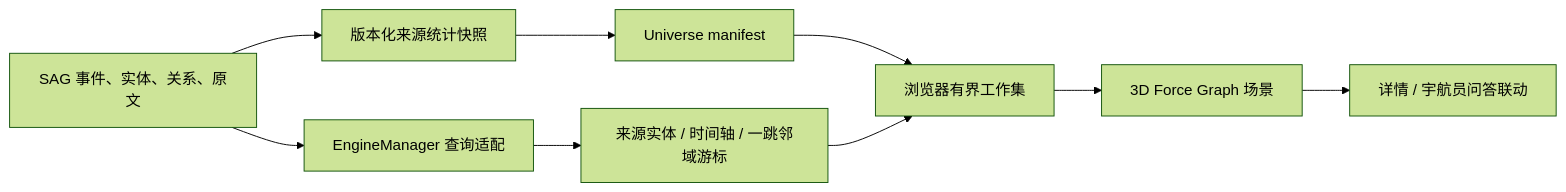
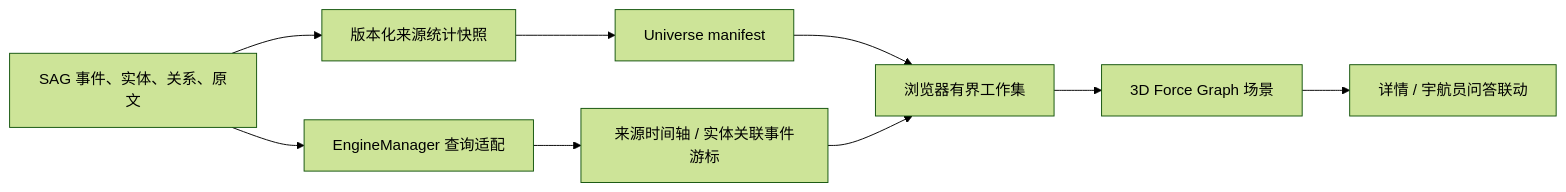
The diagram in docs/architecture/knowledge-universe.md (ilssn/sag), drawn with Mermaid (forest theme) before and after one commit. The commit also changed other lines of this file and 23 other files, not shown here.

````diff
--- a/docs/architecture/knowledge-universe.md
+++ b/docs/architecture/knowledge-universe.md
@@ -22,11 +23,11 @@
 ```mermaid
 flowchart LR
     FACTS["SAG 事件、实体、关系、原文"] --> ENGINE["EngineManager 查询适配"]
     FACTS --> SNAPSHOT["版本化来源统计快照"]
     SNAPSHOT --> MANIFEST["Universe manifest"]
-    ENGINE --> CURSOR["来源实体 / 时间轴 / 一跳邻域游标"]
+    ENGINE --> CURSOR["来源时间轴 / 实体关联事件游标"]
     MANIFEST --> WORKSET["浏览器有界工作集"]
     CURSOR --> WORKSET
     WORKSET --> SCENE["3D Force Graph 场景"]
     SCENE --> PET["详情 / 宇航员问答联动"]
 ```
````
